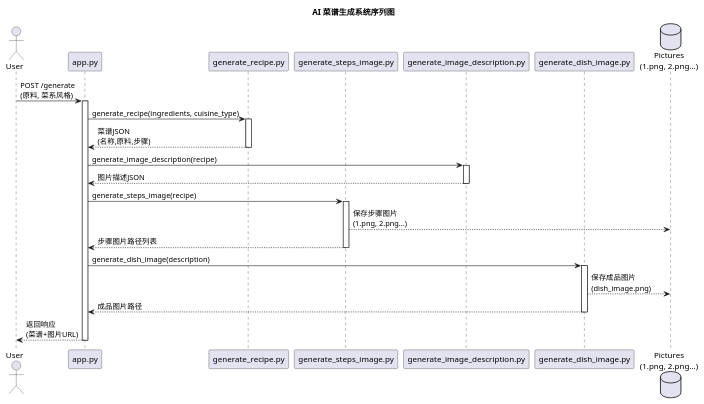
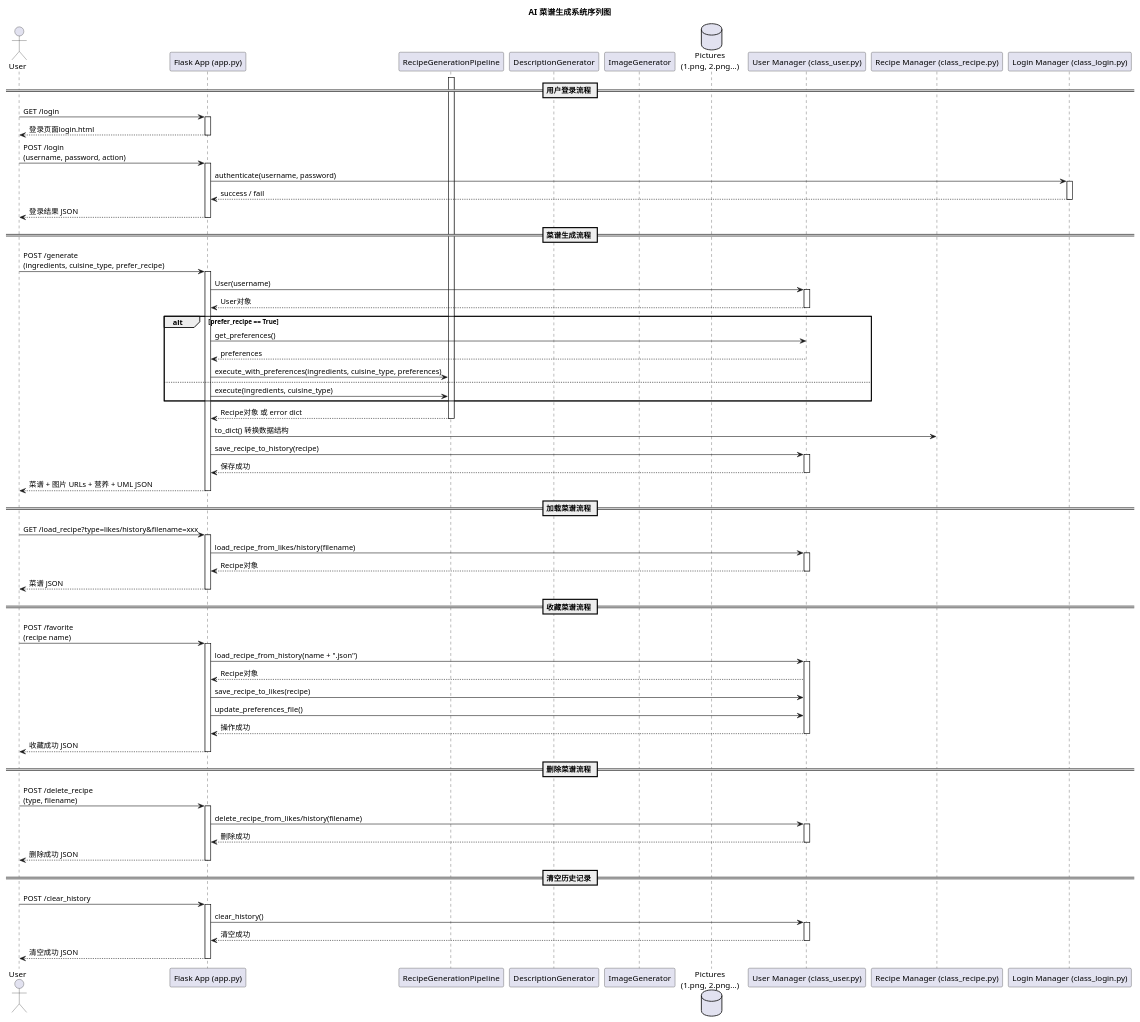
The diagram in app/documents/umls_utils/sequence.puml (WuXiuyuansysu/se_homework), drawn with PlantUML before and after one commit. The commit also changed 9 other files, not shown here.

```diff
--- a/app/documents/umls_utils/sequence.puml
+++ b/app/documents/umls_utils/sequence.puml
@@ -1,40 +1,101 @@
 @startuml sequence
 
 title AI 菜谱生成系统序列图
+
 actor User as user
-participant "app.py" as app
-participant "generate_recipe.py" as recipe_gen
-participant "generate_steps_image.py" as steps_img
-participant "generate_image_description.py" as desc_gen
-participant "generate_dish_image.py" as dish_img
+participant "Flask App (app.py)" as app
+participant "RecipeGenerationPipeline" as pipeline
+participant "DescriptionGenerator" as desc_gen
+participant "ImageGenerator" as img_gen
 database "Pictures\n(1.png, 2.png...)" as pics
+participant "User Manager (class_user.py)" as user_mgr
+participant "Recipe Manager (class_recipe.py)" as recipe_mgr
+participant "Login Manager (class_login.py)" as login_mgr
 
-user -> app : POST /generate\n(原料, 菜系风格)
+== 用户登录流程 ==
+user -> app : GET /login
 activate app
+app --> user : 登录页面login.html
+deactivate app
 
-app -> recipe_gen : generate_recipe(ingredients, cuisine_type)
-activate recipe_gen
-recipe_gen --> app : 菜谱JSON\n(名称,原料,步骤)
-deactivate recipe_gen
+user -> app : POST /login\n(username, password, action)
+activate app
+app -> login_mgr : authenticate(username, password)
+activate login_mgr
+login_mgr --> app : success / fail
+deactivate login_mgr
+app --> user : 登录结果 JSON
+deactivate app
 
-app -> desc_gen : generate_image_description(recipe)
-activate desc_gen
-desc_gen --> app : 图片描述JSON
-deactivate desc_gen
+== 菜谱生成流程 ==
+user -> app : POST /generate\n(ingredients, cuisine_type, prefer_recipe)
+activate app
+app -> user_mgr : User(username)
+activate user_mgr
+user_mgr --> app : User对象
+deactivate user_mgr
 
-app -> steps_img : generate_steps_image(recipe)
-activate steps_img
-steps_img --> pics : 保存步骤图片\n(1.png, 2.png...)
-steps_img --> app : 步骤图片路径列表
-deactivate steps_img
+alt prefer_recipe == True
+    app -> user_mgr : get_preferences()
+    user_mgr --> app : preferences
+    app -> pipeline : execute_with_preferences(ingredients, cuisine_type, preferences)
+else
+    app -> pipeline : execute(ingredients, cuisine_type)
+end
+activate pipeline
+pipeline --> app : Recipe对象 或 error dict
+deactivate pipeline
 
-app -> dish_img : generate_dish_image(description)
-activate dish_img
-dish_img --> pics : 保存成品图片\n(dish_image.png)
-dish_img --> app : 成品图片路径
-deactivate dish_img
+app -> recipe_mgr : to_dict() 转换数据结构
+app -> user_mgr : save_recipe_to_history(recipe)
+activate user_mgr
+user_mgr --> app : 保存成功
+deactivate user_mgr
 
-app --> user : 返回响应\n(菜谱+图片URL)
+app --> user : 菜谱 + 图片 URLs + 营养 + UML JSON
+deactivate app
+
+== 加载菜谱流程 ==
+user -> app : GET /load_recipe?type=likes/history&filename=xxx
+activate app
+app -> user_mgr : load_recipe_from_likes/history(filename)
+activate user_mgr
+user_mgr --> app : Recipe对象
+deactivate user_mgr
+app --> user : 菜谱 JSON
+deactivate app
+
+== 收藏菜谱流程 ==
+user -> app : POST /favorite\n(recipe name)
+activate app
+app -> user_mgr : load_recipe_from_history(name + ".json")
+activate user_mgr
+user_mgr --> app : Recipe对象
+app -> user_mgr : save_recipe_to_likes(recipe)
+app -> user_mgr : update_preferences_file()
+user_mgr --> app : 操作成功
+deactivate user_mgr
+app --> user : 收藏成功 JSON
+deactivate app
+
+== 删除菜谱流程 ==
+user -> app : POST /delete_recipe\n(type, filename)
+activate app
+app -> user_mgr : delete_recipe_from_likes/history(filename)
+activate user_mgr
+user_mgr --> app : 删除成功
+deactivate user_mgr
+app --> user : 删除成功 JSON
+deactivate app
+
+== 清空历史记录 ==
+user -> app : POST /clear_history
+activate app
+app -> user_mgr : clear_history()
+activate user_mgr
+user_mgr --> app : 清空成功
+deactivate user_mgr
+app --> user : 清空成功 JSON
 deactivate app
 
 @enduml
```
